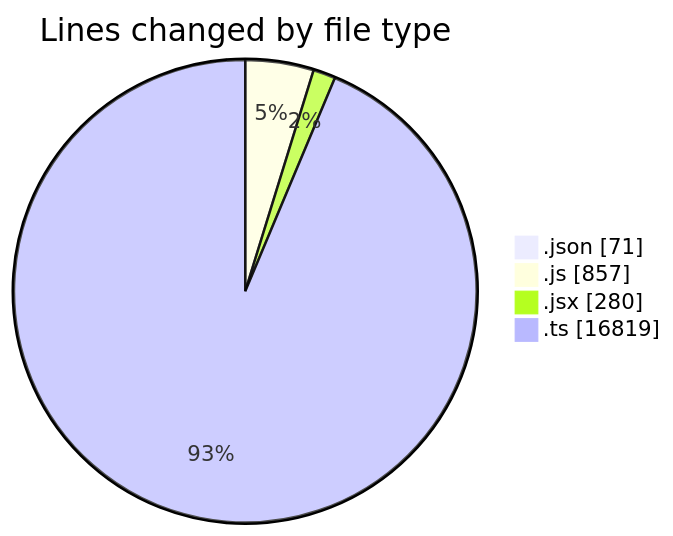
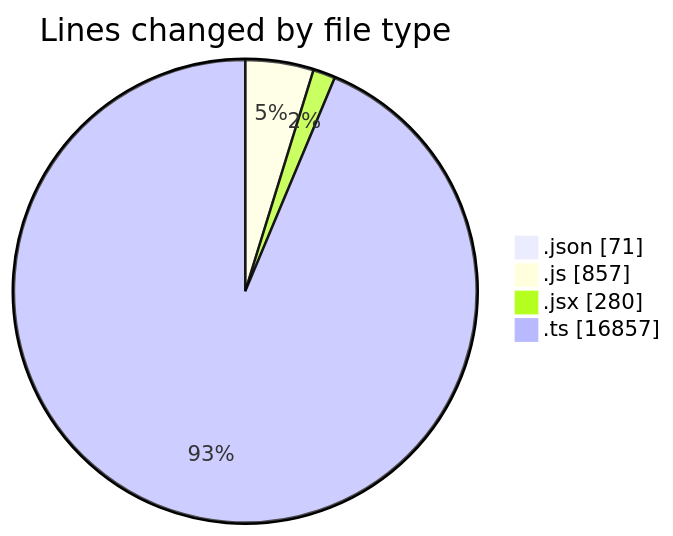
The first of 2 diagrams in 2025-05-13/cda/README.md (momahboobian/code-tracking), drawn with Mermaid before and after one commit. The commit also changed other lines of this file and 1 other file, not shown here.

````diff
--- a/2025-05-13/cda/README.md
+++ b/2025-05-13/cda/README.md
@@ -31,8 +31,8 @@
 ```mermaid
 pie showData
 title Lines changed by file type
 ".json" : 71
 ".js" : 857
 ".jsx" : 280
-".ts" : 16819
+".ts" : 16857
 ```
````
